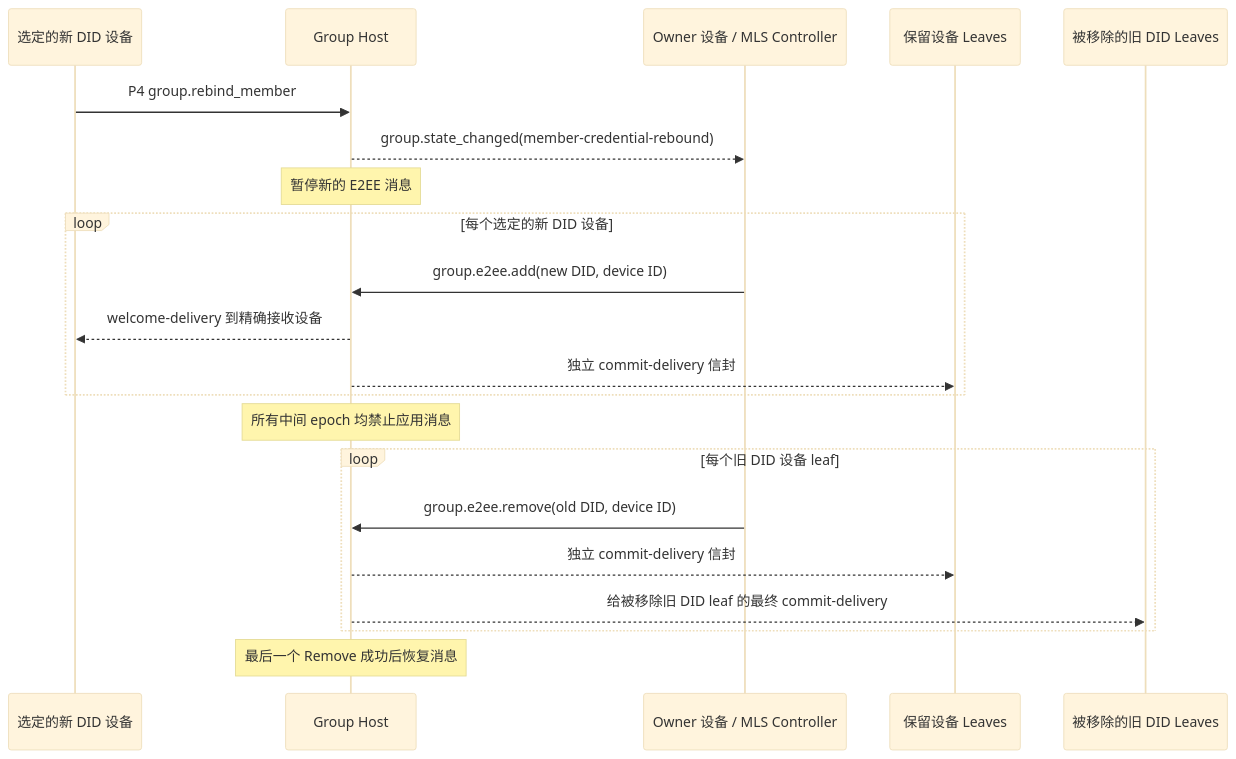
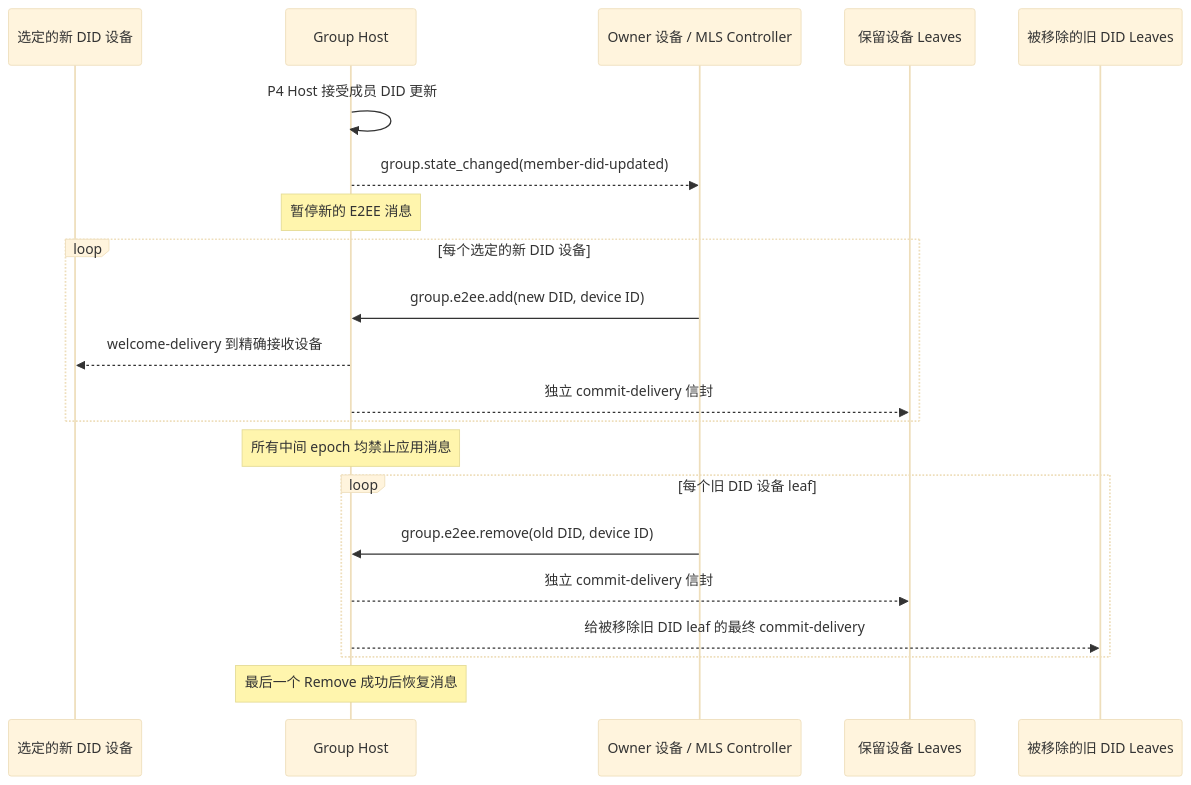
One commit to NeatNerdPrime/AgentNetworkProtocol changed the ninth of 9 diagrams in chinese/message/vnext/06-群组端到端加密.md. Above: the diagram before and after it, drawn with Mermaid (base theme). The commit also changed other lines of this file and 19 other files, not shown here.

````diff
--- a/chinese/message/vnext/06-群组端到端加密.md
+++ b/chinese/message/vnext/06-群组端到端加密.md
@@ -1812,24 +1816,24 @@
 ```mermaid
 sequenceDiagram
     participant N as 选定的新 DID 设备
     participant H as Group Host
     participant O as Owner 设备 / MLS Controller
     participant M as 保留设备 Leaves
     participant P as 被移除的旧 DID Leaves
 
-    N->>H: P4 group.rebind_member
-    H-->>O: group.state_changed(member-credential-rebound)
+    H->>H: P4 Host 接受成员 DID 更新
+    H-->>O: group.state_changed(member-did-updated)
     Note over H: 暂停新的 E2EE 消息
     loop 每个选定的新 DID 设备
         O->>H: group.e2ee.add(new DID, device ID)
         H-->>N: welcome-delivery 到精确接收设备
         H-->>M: 独立 commit-delivery 信封
     end
     Note over H: 所有中间 epoch 均禁止应用消息
     loop 每个旧 DID 设备 leaf
         O->>H: group.e2ee.remove(old DID, device ID)
         H-->>M: 独立 commit-delivery 信封
         H-->>P: 给被移除旧 DID leaf 的最终 commit-delivery
     end
     Note over H: 最后一个 Remove 成功后恢复消息
 ```
````
